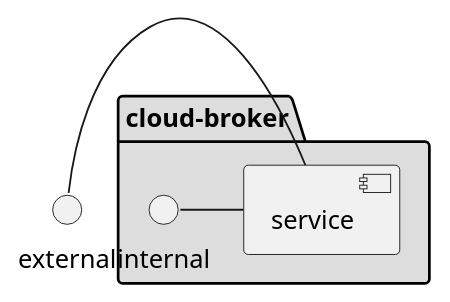
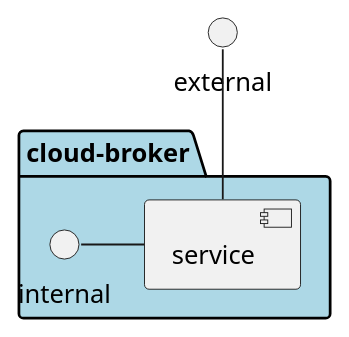
Before and after one commit to CAADE/C3: the diagram in docs/Solution/Services/cloud-broker/Physical.puml, drawn with PlantUML. The commit also changed 397 other files, not shown here.

```diff
--- a/docs/Solution/Services/cloud-broker/Physical.puml
+++ b/docs/Solution/Services/cloud-broker/Physical.puml
@@ -1,11 +1,11 @@
 @startuml
 
 interface external
 
-package "cloud-broker" #dddddd {
+package "cloud-broker" #lightblue {
     component service
     interface internal
 }
-external - service
+external -- service
 internal - service
 @enduml
```
